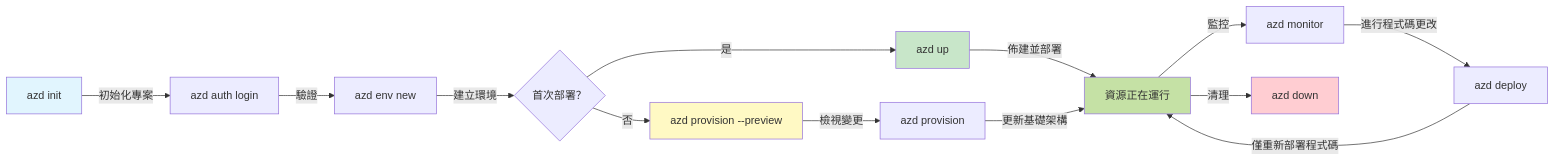
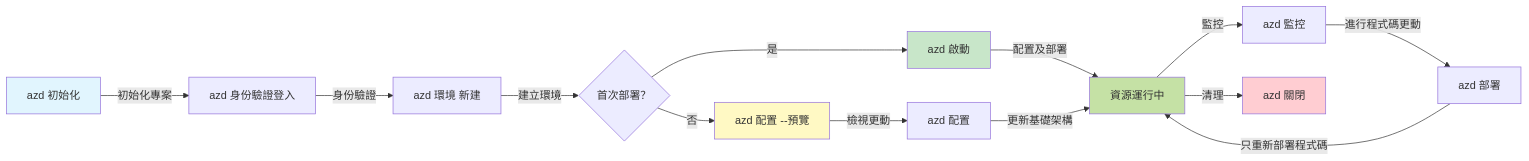
Before and after one commit to microsoft/AZD-for-beginners: the first of 2 diagrams in translations/zh-MO/docs/chapter-01-foundation/azd-basics.md, drawn with Mermaid. The commit also changed other lines of this file and 101 other files, not shown here.

````diff
--- a/translations/zh-MO/docs/chapter-01-foundation/azd-basics.md
+++ b/translations/zh-MO/docs/chapter-01-foundation/azd-basics.md
@@ -269,21 +269,21 @@
 ```mermaid
 graph LR
-    A[azd init] -->|初始化專案| B[azd auth login]
-    B -->|驗證| C[azd env new]
+    A[azd 初始化] -->|初始化專案| B[azd 身份驗證登入]
+    B -->|身份驗證| C[azd 環境 新建]
     C -->|建立環境| D{首次部署？}
-    D -->|是| E[azd up]
-    D -->|否| F[azd provision --preview]
-    F -->|檢視變更| G[azd provision]
-    E -->|佈建並部署| H[資源正在運行]
+    D -->|是| E[azd 啟動]
+    D -->|否| F[azd 配置 --預覽]
+    F -->|檢視更動| G[azd 配置]
+    E -->|配置及部署| H[資源運行中]
     G -->|更新基礎架構| H
-    H -->|監控| I[azd monitor]
-    I -->|進行程式碼更改| J[azd deploy]
-    J -->|僅重新部署程式碼| H
-    H -->|清理| K[azd down]
+    H -->|監控| I[azd 監控]
+    I -->|進行程式碼更動| J[azd 部署]
+    J -->|只重新部署程式碼| H
+    H -->|清理| K[azd 關閉]
     
     style A fill:#e1f5fe
     style E fill:#c8e6c9
     style F fill:#fff9c4
     style H fill:#c5e1a5
     style K fill:#ffcdd2
 ```
````
